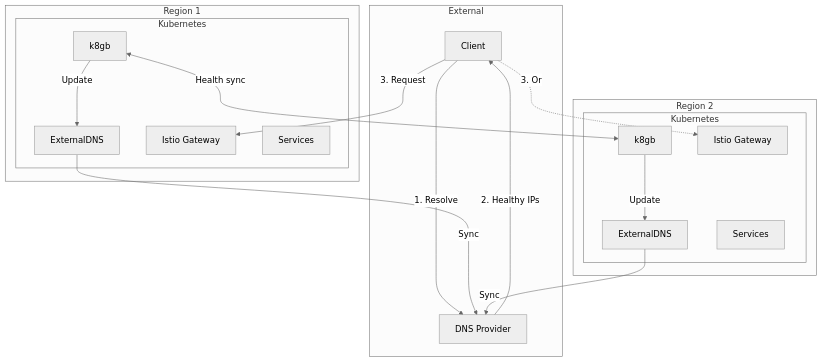
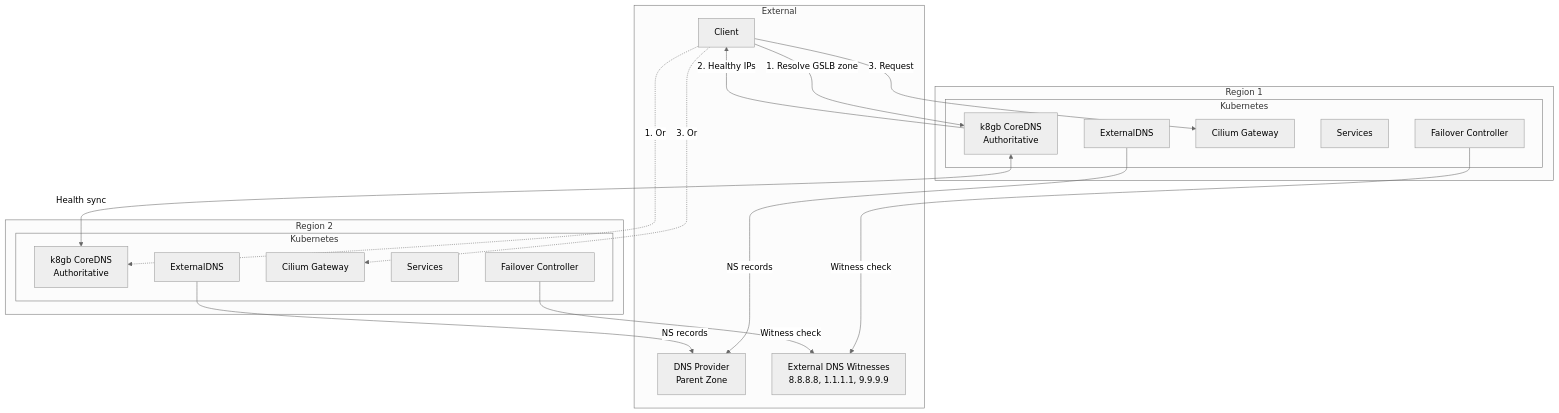
One commit to openova-io/k8gb changed the first of 4 diagrams in docs/ADR-K8GB-GSLB.md. Above: the diagram before and after it, drawn with Mermaid (neutral theme). The commit also changed other lines of this file, not shown here.

First line of the commit message:
docs: update k8gb ADR for authoritative DNS and split-brain protection

````diff
--- a/docs/ADR-K8GB-GSLB.md
+++ b/docs/ADR-K8GB-GSLB.md
@@ -21,36 +25,41 @@
 ```mermaid
 flowchart TB
     subgraph External["External"]
         Client[Client]
-        DNS[DNS Provider]
+        DNS[DNS Provider<br/>Parent Zone]
+        Witnesses[External DNS Witnesses<br/>8.8.8.8, 1.1.1.1, 9.9.9.9]
     end
 
     subgraph Region1["Region 1"]
         subgraph K8s1["Kubernetes"]
-            K8GB1[k8gb]
+            K8GB1[k8gb CoreDNS<br/>Authoritative]
             EDNS1[ExternalDNS]
-            GW1[Istio Gateway]
+            GW1[Cilium Gateway]
             SVC1[Services]
+            FC1[Failover Controller]
         end
     end
 
     subgraph Region2["Region 2"]
         subgraph K8s2["Kubernetes"]
-            K8GB2[k8gb]
+            K8GB2[k8gb CoreDNS<br/>Authoritative]
             EDNS2[ExternalDNS]
-            GW2[Istio Gateway]
+            GW2[Cilium Gateway]
             SVC2[Services]
+            FC2[Failover Controller]
         end
     end
 
-    Client -->|"1. Resolve"| DNS
-    DNS -->|"2. Healthy IPs"| Client
+    Client -->|"1. Resolve GSLB zone"| K8GB1
+    Client -.->|"1. Or"| K8GB2
+    K8GB1 -->|"2. Healthy IPs"| Client
     Client -->|"3. Request"| GW1
     Client -.->|"3. Or"| GW2
 
     K8GB1 <-->|"Health sync"| K8GB2
-    K8GB1 -->|"Update"| EDNS1
-    K8GB2 -->|"Update"| EDNS2
-    EDNS1 -->|"Sync"| DNS
-    EDNS2 -->|"Sync"| DNS
+    EDNS1 -->|"NS records"| DNS
+    EDNS2 -->|"NS records"| DNS
+
+    FC1 -->|"Witness check"| Witnesses
+    FC2 -->|"Witness check"| Witnesses
 ```
````
